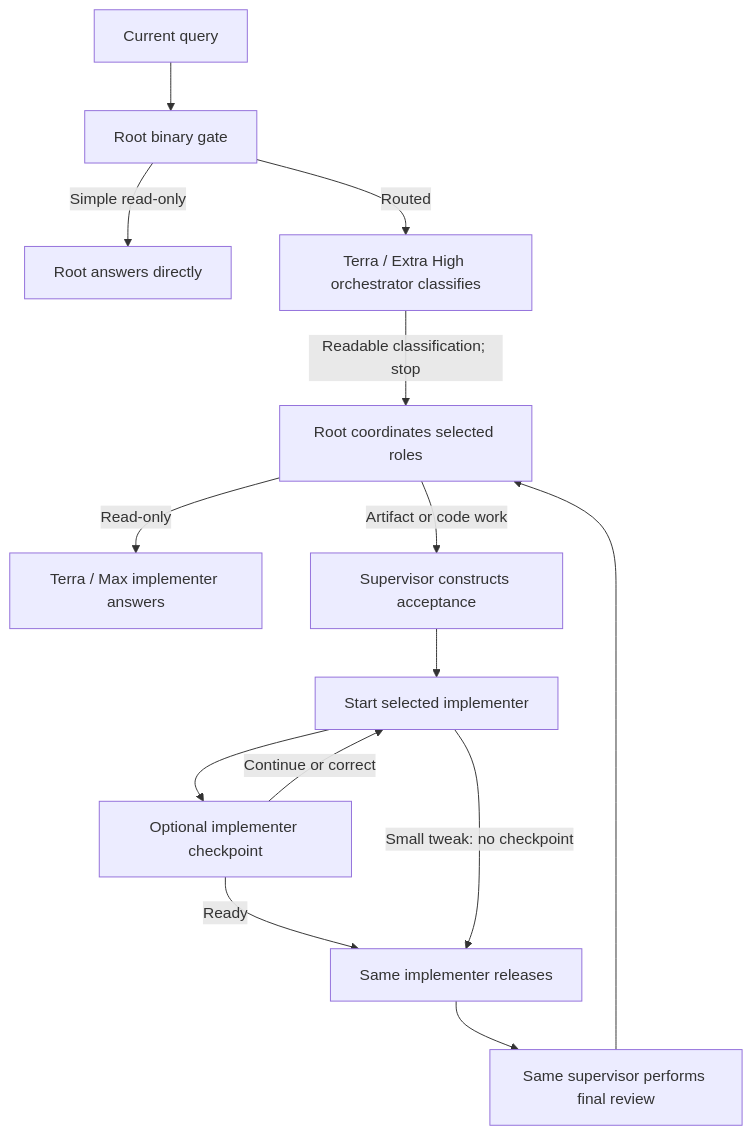
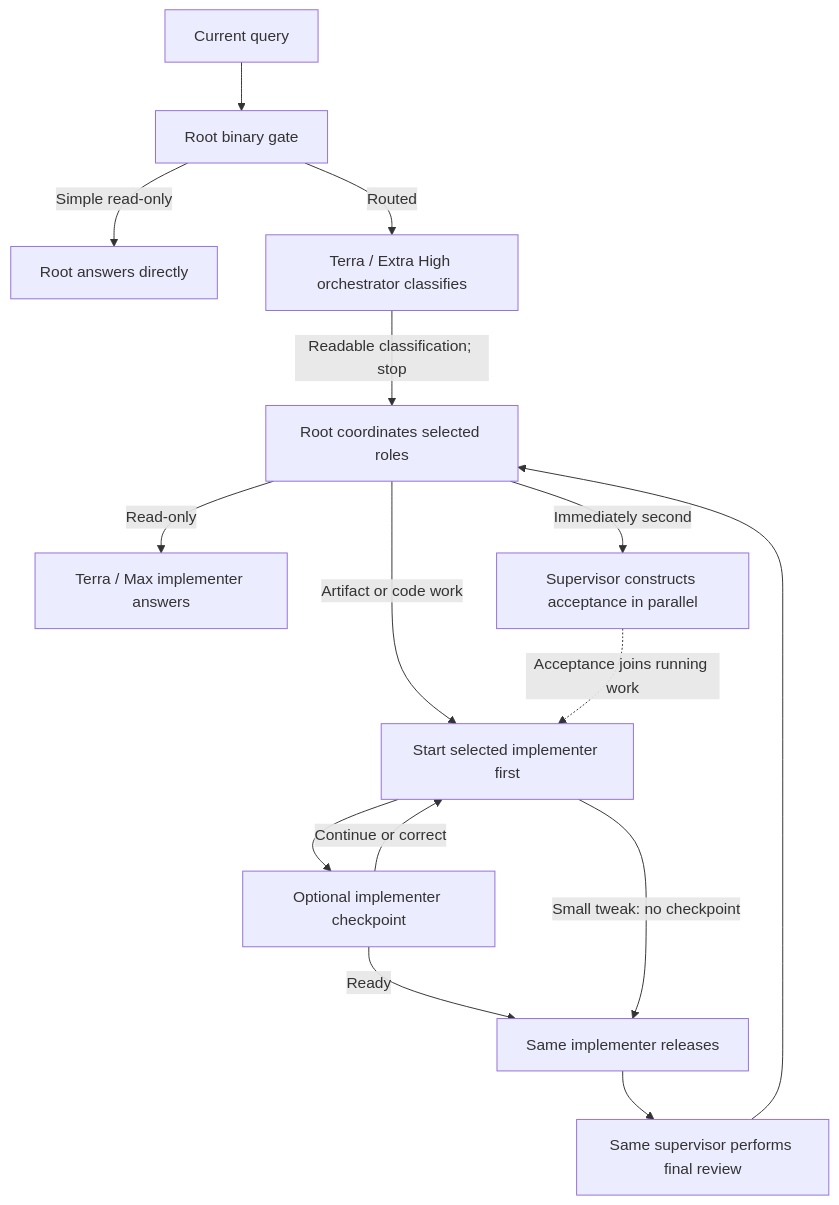
The diagram in README.md (jessejaffe/codex-orchestration), drawn with Mermaid before and after one commit. The commit also changed other lines of this file and 13 other files, not shown here.

Commit message:
Start implementers before acceptance review

````diff
--- a/README.md
+++ b/README.md
@@ -74,16 +78,17 @@
 ```mermaid
 flowchart TD
     U["Current query"] --> G["Root binary gate"]
     G -->|"Simple read-only"| A["Root answers directly"]
     G -->|"Routed"| O["Terra / Extra High orchestrator classifies"]
     O -->|"Readable classification; stop"| R["Root coordinates selected roles"]
     R -->|"Read-only"| RI["Terra / Max implementer answers"]
-    R -->|"Artifact or code work"| S["Supervisor constructs acceptance"]
-    S --> I["Start selected implementer"]
+    R -->|"Artifact or code work"| I["Start selected implementer first"]
+    R -->|"Immediately second"| S["Supervisor constructs acceptance in parallel"]
+    S -.->|"Acceptance joins running work"| I
     I --> C["Optional implementer checkpoint"]
     C -->|"Continue or correct"| I
     C -->|"Ready"| X["Same implementer releases"]
     I -->|"Small tweak: no checkpoint"| X
     X --> F["Same supervisor performs final review"]
     F --> R
 ```
````
